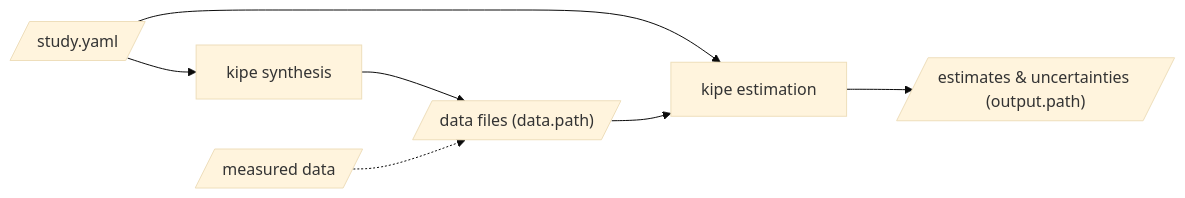
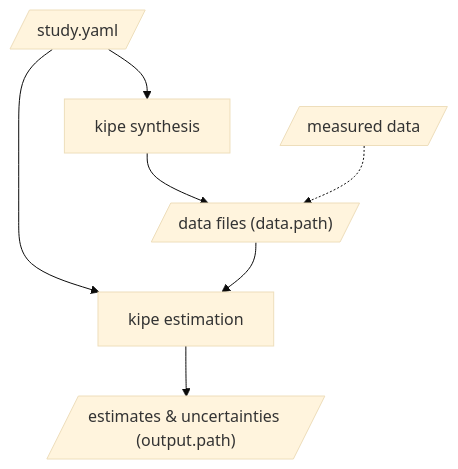
Before and after one commit to cardiomath/kipe: the diagram in docs/source/user_guide/anatomy.rst, drawn with Mermaid (base theme). The commit also changed other lines of this file, not shown here.

```diff
--- a/docs/source/user_guide/anatomy.rst
+++ b/docs/source/user_guide/anatomy.rst
@@ -19,9 +17,9 @@
 .. mermaid::
 
-    flowchart LR
+    flowchart TB
         study[/"study.yaml"/] --> synthesis["kipe synthesis"]
         synthesis --> data[/"data files (data.path)"/]
         measured[/"measured data"/] -.-> data
         study --> estimation["kipe estimation"]
         data --> estimation
         estimation --> results[/"estimates & uncertainties (output.path)"/]
```
